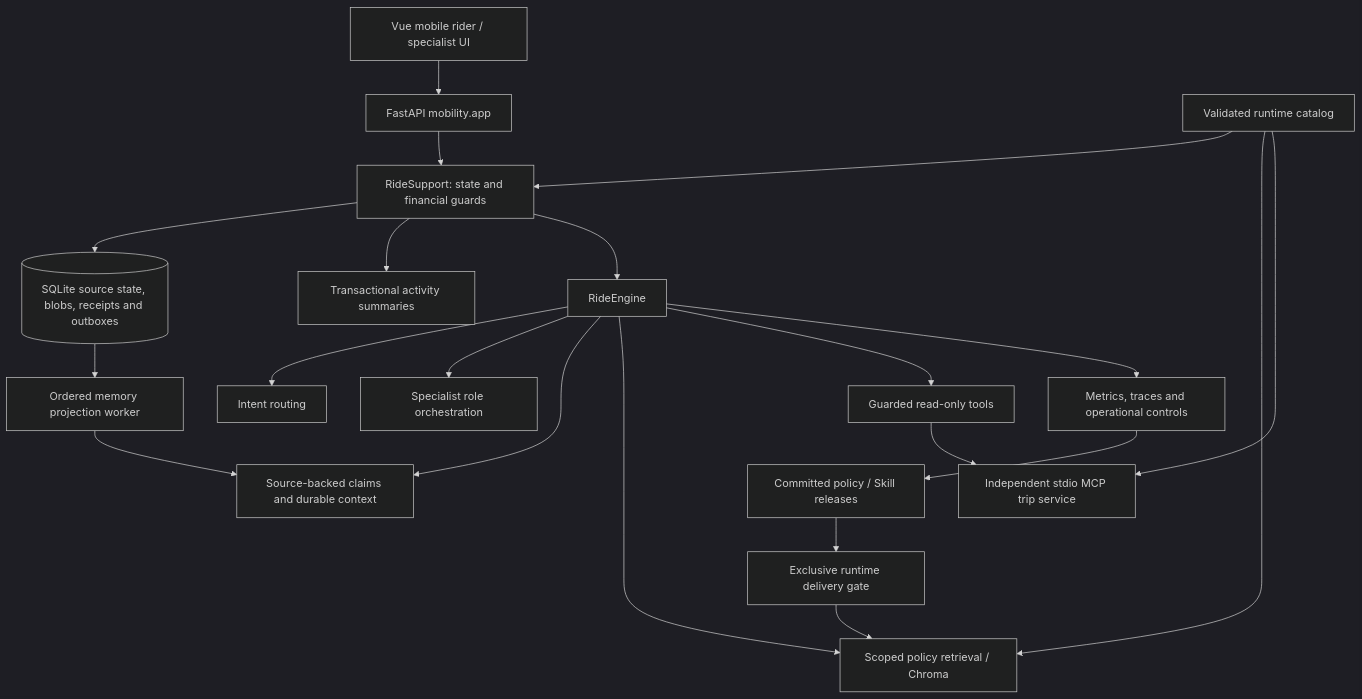
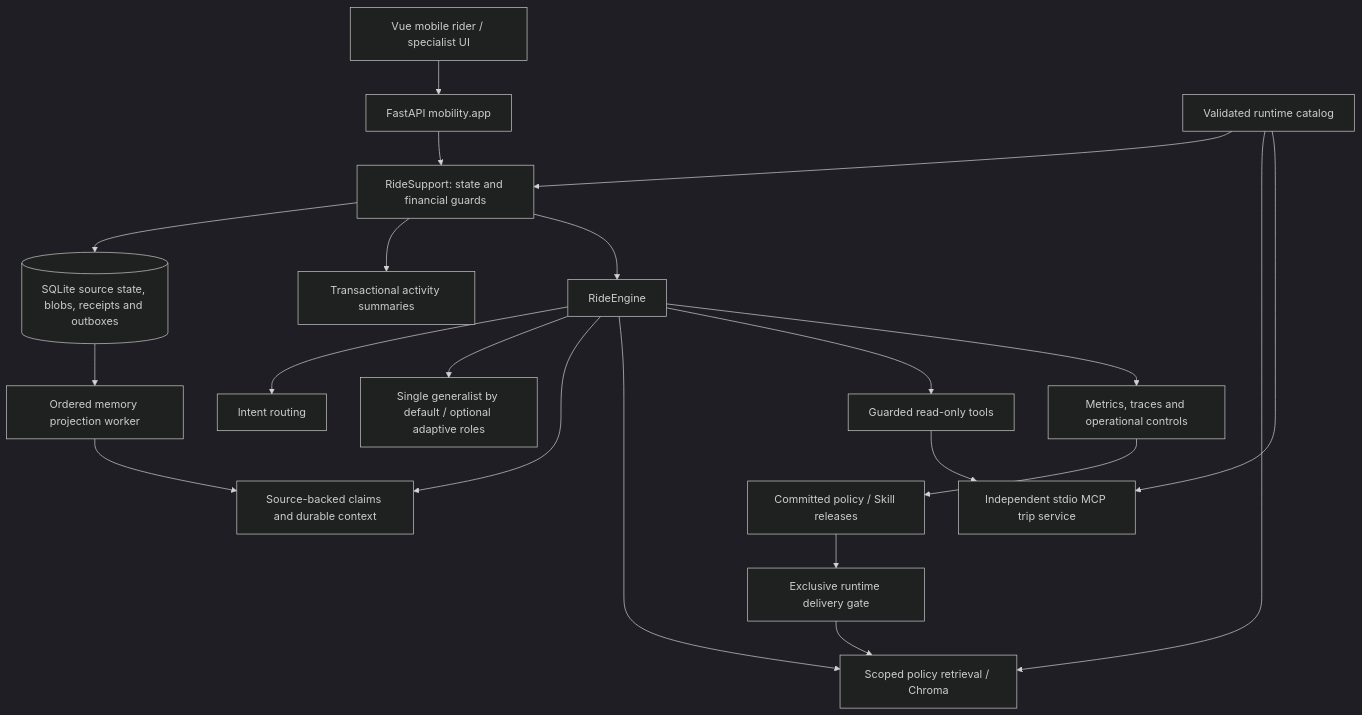
Before and after one commit to lucia-huang7/RideRecall-Agent: the diagram in docs/ARCHITECTURE.md, drawn with Mermaid (dark theme). The commit also changed other lines of this file and 16 other files, not shown here.

Commit message:
Default to single-agent durable support with optional multi-agent mode

````diff
--- a/docs/ARCHITECTURE.md
+++ b/docs/ARCHITECTURE.md
@@ -5,23 +5,23 @@
 ```mermaid
 flowchart TD
   UI[Vue mobile rider / specialist UI] --> API[FastAPI mobility.app]
   API --> CASE[RideSupport: state and financial guards]
   CASE --> DB[(SQLite source state, blobs, receipts and outboxes)]
   CASE --> INDEX[Transactional activity summaries]
   CASE --> ENGINE[RideEngine]
   ENGINE --> INTENT[Intent routing]
-  ENGINE --> ROLES[Specialist role orchestration]
+  ENGINE --> ROLES[Single generalist by default / optional adaptive roles]
   ENGINE --> MEMORY[Source-backed claims and durable context]
   ENGINE --> RAG[Scoped policy retrieval / Chroma]
   ENGINE --> TOOLS[Guarded read-only tools]
   TOOLS --> MCP[Independent stdio MCP trip service]
   CATALOG[Validated runtime catalog] --> CASE
   CATALOG --> RAG
   CATALOG --> MCP
   ENGINE --> OPS[Metrics, traces and operational controls]
   DB --> WORKER[Ordered memory projection worker]
   WORKER --> MEMORY
   OPS --> CONFIG[Committed policy / Skill releases]
   CONFIG --> GATE[Exclusive runtime delivery gate]
   GATE --> RAG
 ```
````
